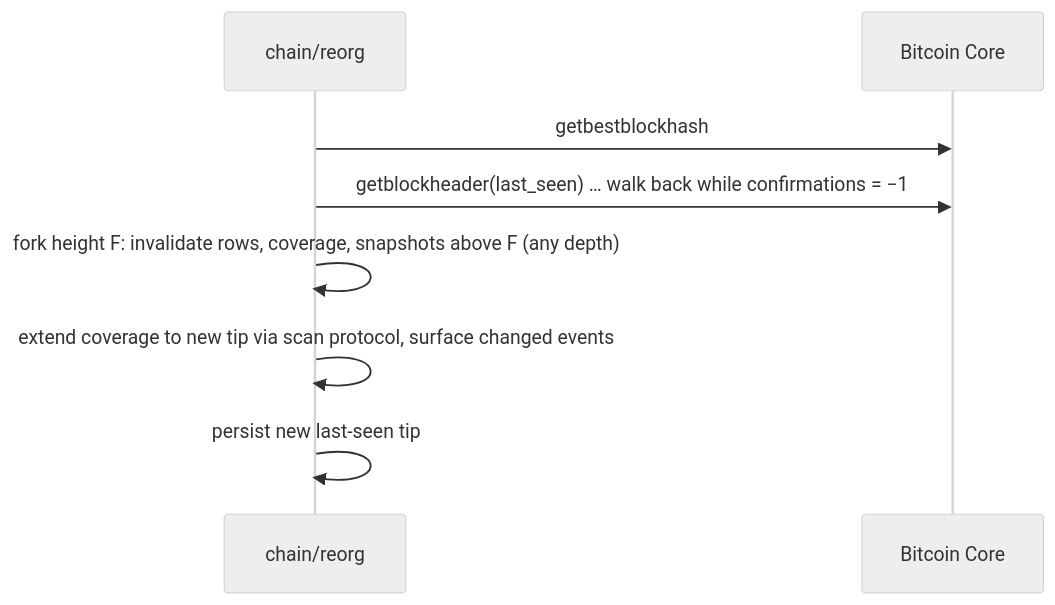
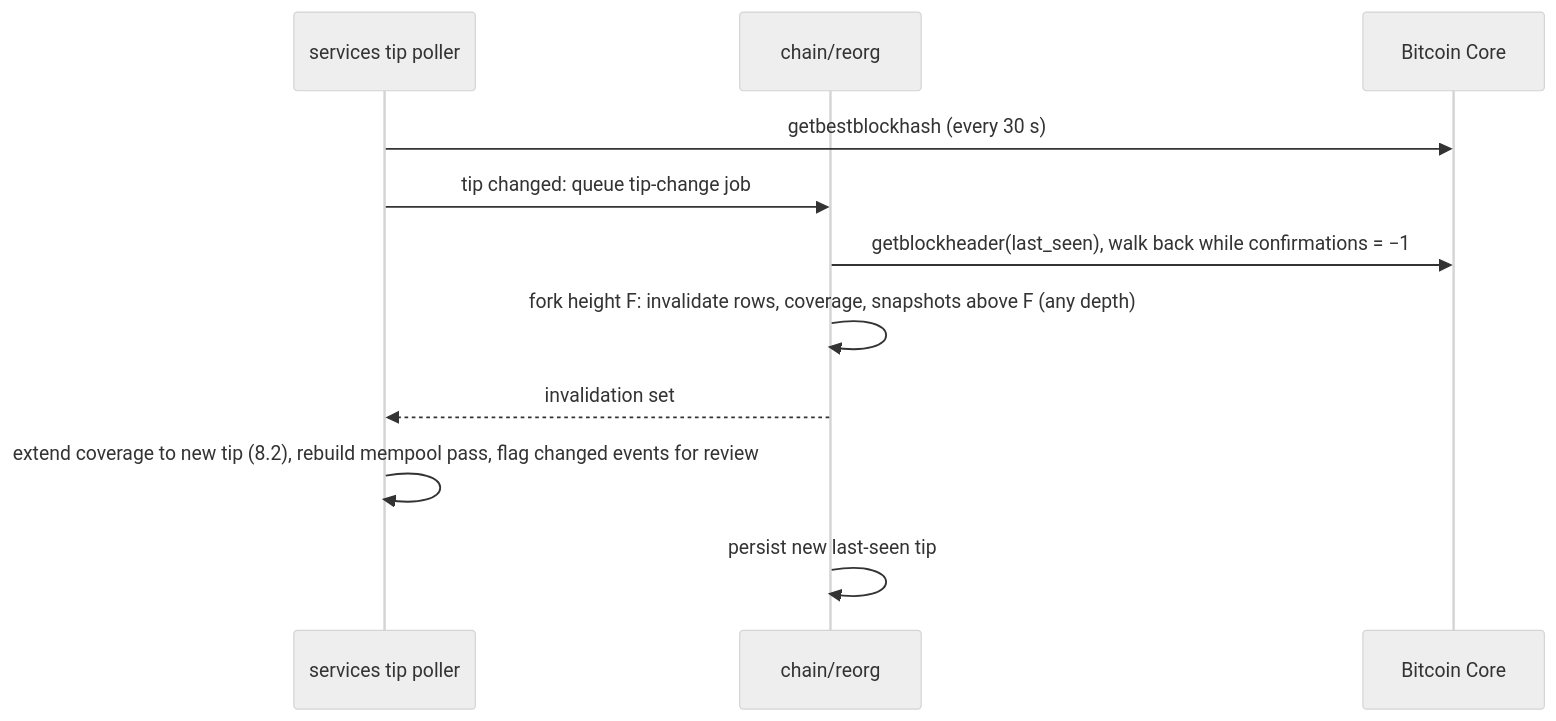
Before and after one commit to kristovatlas/coin-accounting: the eighth of 9 diagrams in docs/architecture.md, drawn with Mermaid (neutral theme). The commit also changed other lines of this file and 3 other files, not shown here.

First line of the commit message:
Architecture v0.2 and aligned docs: address Opus 5.5 and Codex review of PR #5

````diff
--- a/docs/architecture.md
+++ b/docs/architecture.md
@@ -233,10 +355,13 @@
 ```mermaid
 sequenceDiagram
+  participant P as services tip poller
   participant C as chain/reorg
   participant N as Bitcoin Core
-  C->>N: getbestblockhash
-  C->>N: getblockheader(last_seen) … walk back while confirmations = −1
+  P->>N: getbestblockhash (every 30 s)
+  P->>C: tip changed: queue tip-change job
+  C->>N: getblockheader(last_seen), walk back while confirmations = −1
   C->>C: fork height F: invalidate rows, coverage, snapshots above F (any depth)
-  C->>C: extend coverage to new tip via scan protocol, surface changed events
+  C-->>P: invalidation set
+  P->>P: extend coverage to new tip (8.2), rebuild mempool pass, flag changed events for review
   C->>C: persist new last-seen tip
 ```
````
